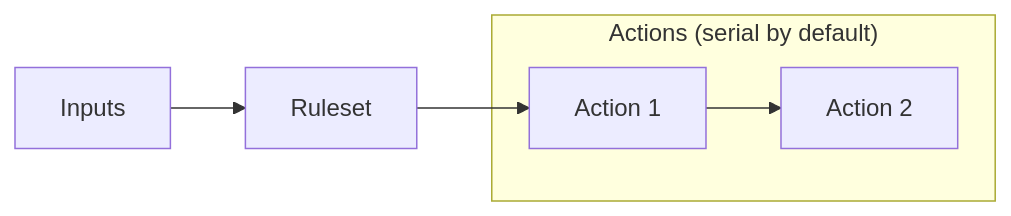
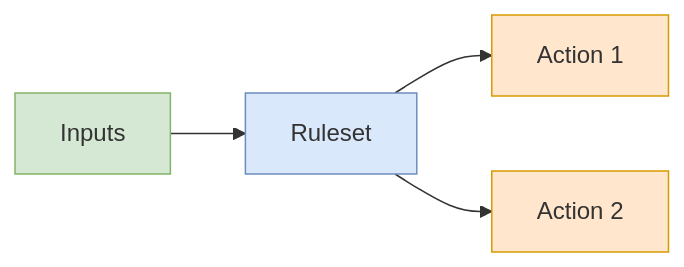
The diagram in doc/source/getting_started/beginner_tutorials/04-message-pipeline.rst (rsyslog/rsyslog), drawn with Mermaid before and after one commit. The commit also changed other lines of this file and 6 other files, not shown here.

```diff
--- a/doc/source/getting_started/beginner_tutorials/04-message-pipeline.rst
+++ b/doc/source/getting_started/beginner_tutorials/04-message-pipeline.rst
@@ -44,11 +44,10 @@
 .. mermaid::
 
    flowchart LR
-     A["Inputs"] --> B["Ruleset"]
-     B --> C1["Action 1"]
-     C1 --> C2["Action 2"]
+     A["Inputs"]:::input --> B["Ruleset"]:::ruleset
+     B --> C1["Action 1"]:::action
+     B --> C2["Action 2"]:::action
 
-     subgraph S["Actions (serial by default)"]
-       C1
-       C2
-     end
+     classDef input fill:#d5e8d4,stroke:#82b366;
+     classDef ruleset fill:#dae8fc,stroke:#6c8ebf;
+     classDef action fill:#ffe6cc,stroke:#d79b00;
```
